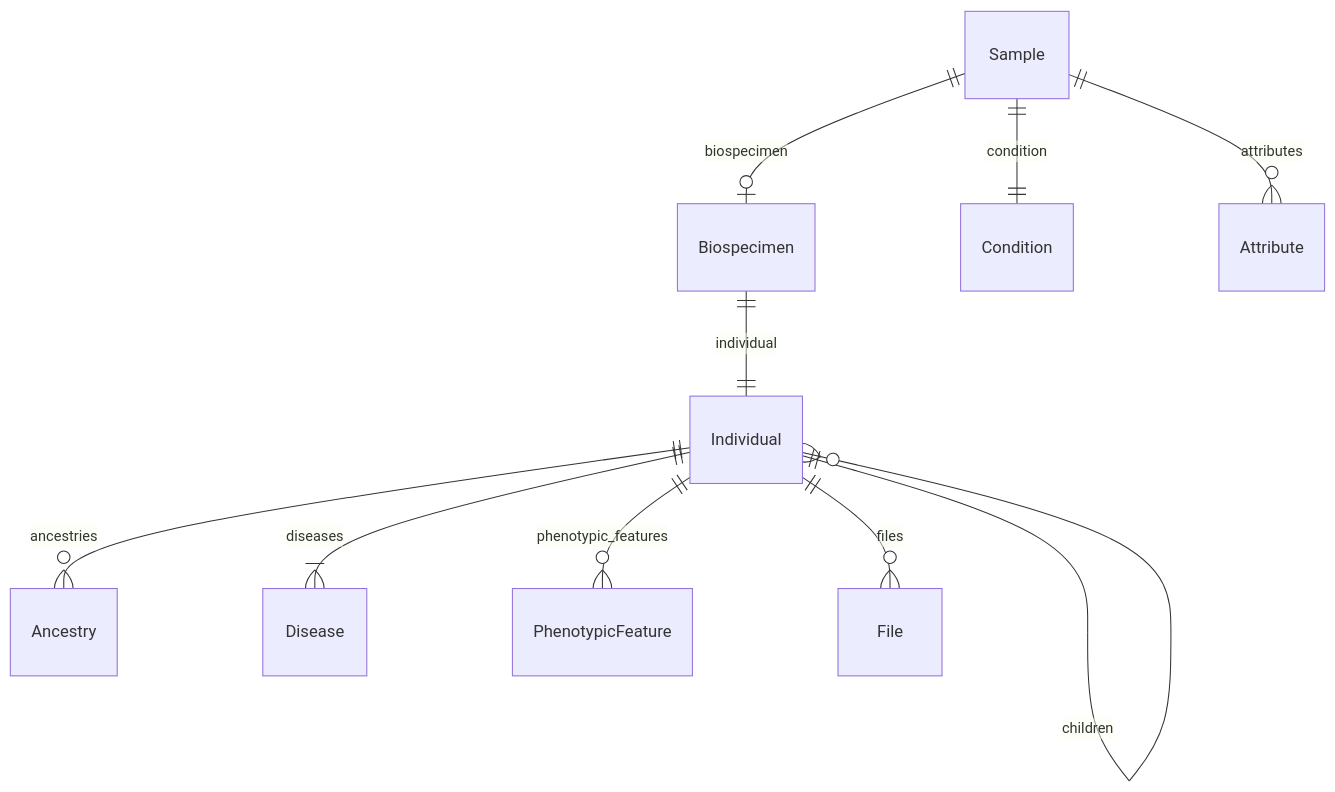
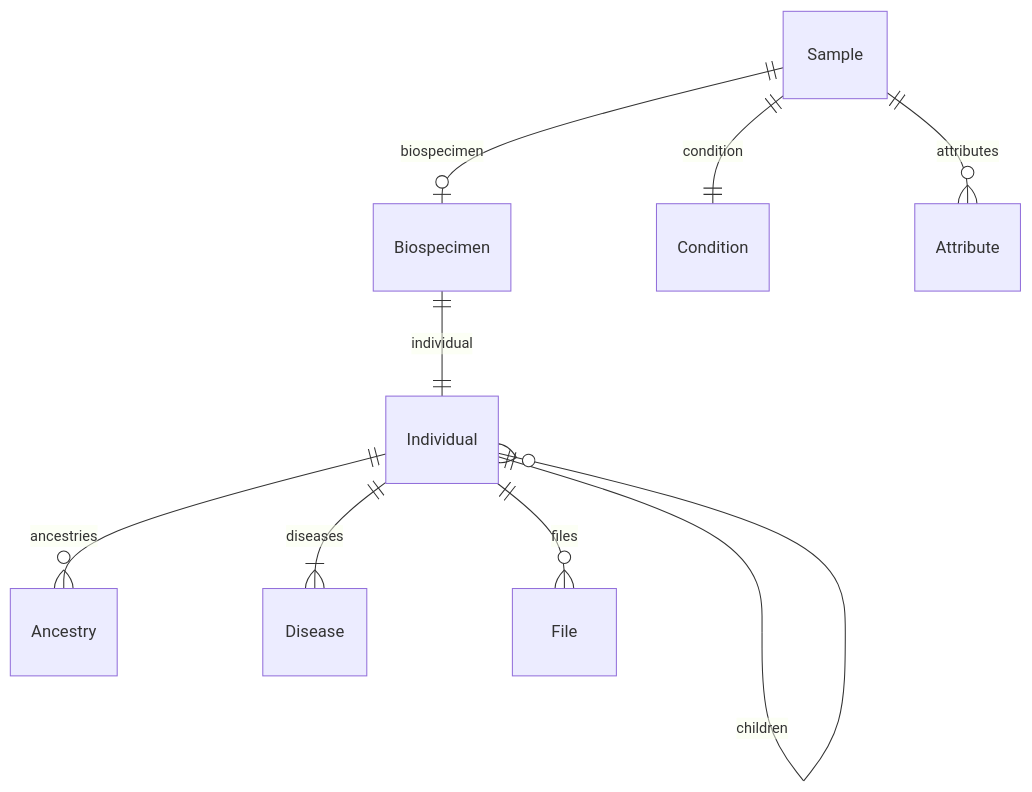
Before and after one commit to ghga-de/ghga-metadata-schema: the second of 7 diagrams in docs/entity_relations.md, drawn with Mermaid. The commit also changed other lines of this file and 14 other files, not shown here.

Commit message:
Add PhenotypicFeaturesEnum

````diff
--- a/docs/entity_relations.md
+++ b/docs/entity_relations.md
@@ -172,24 +168,23 @@
 ```mermaid
 erDiagram
 Individual {
 
 }
 Biospecimen {
 
 }
 Sample {
 
 }
 
 Individual ||--}o Ancestry : "ancestries"
 Individual ||--}o Individual : "parents"
 Individual ||--}o Individual : "children"
 Individual ||--}| Disease : "diseases"
-Individual ||--}o PhenotypicFeature : "phenotypic_features"
 Individual ||--}o File : "files"
 Biospecimen ||--|| Individual : "individual"
 Sample ||--|o Biospecimen : "biospecimen"
 Sample ||--|| Condition : "condition"
 Sample ||--}o Attribute : "attributes"
 
 ```
````
